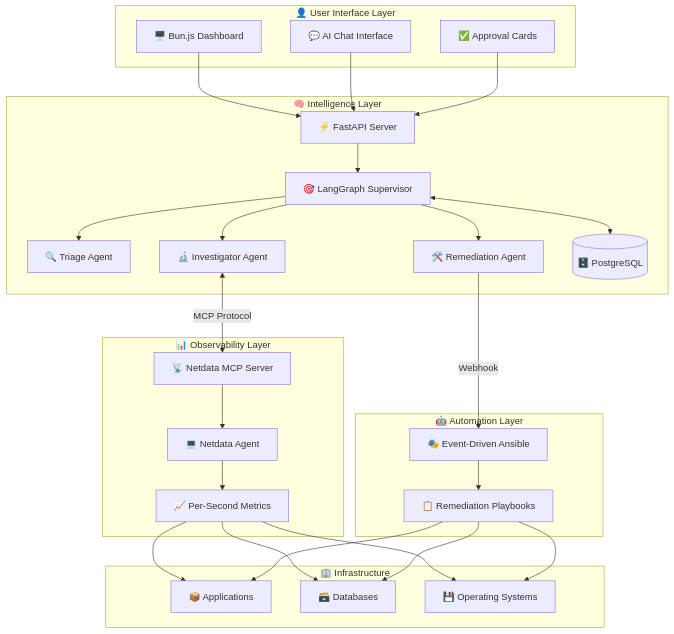
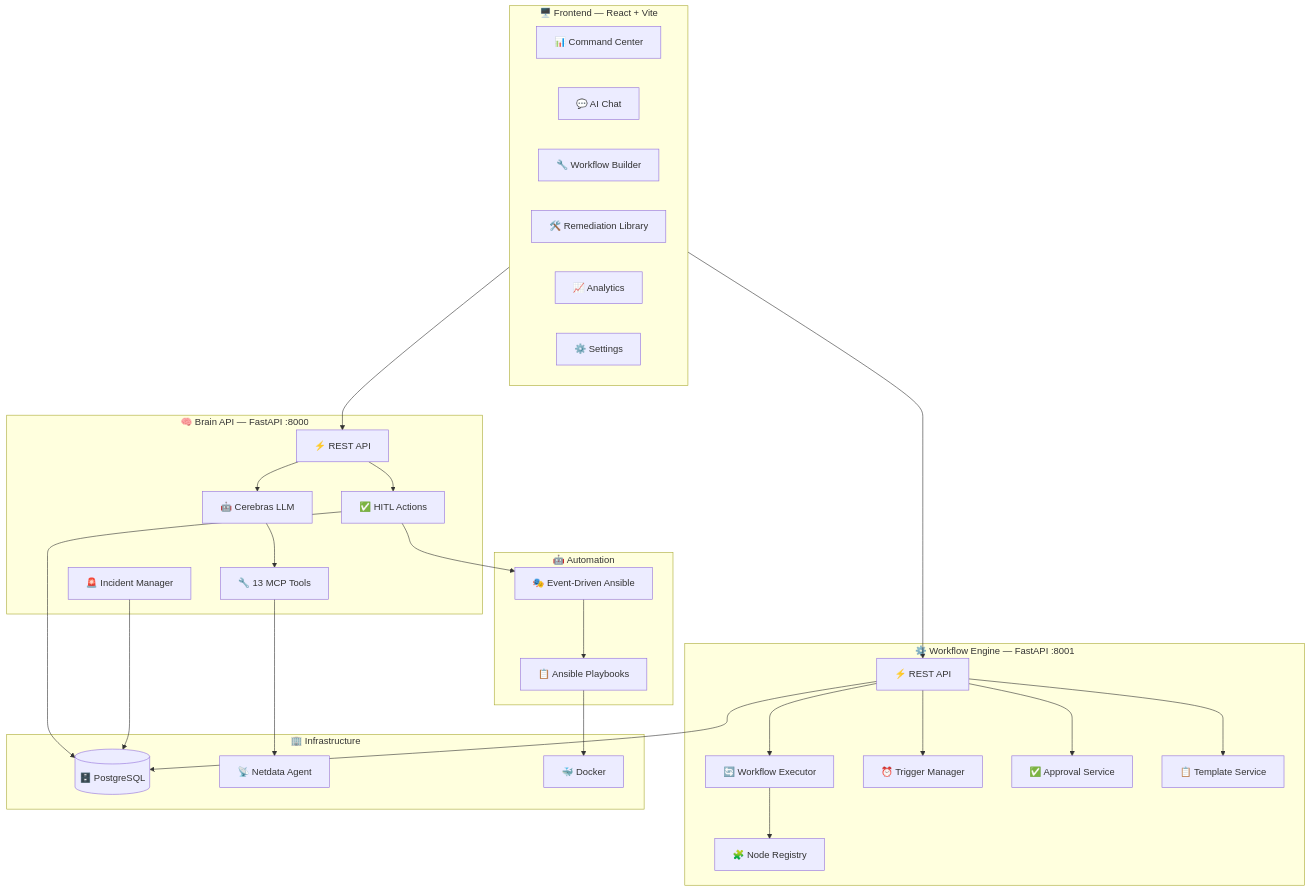
The first of 3 diagrams in README.md (carsch18/AI-OPS-1), drawn with Mermaid before and after one commit. The commit also changed other lines of this file and 48 other files, not shown here.

````diff
--- a/README.md
+++ b/README.md
@@ -100,58 +156,60 @@
 ```mermaid
 graph TB
-    subgraph User_Layer["👤 User Interface Layer"]
-        Dashboard["🖥️ Bun.js Dashboard"]
-        Chat["💬 AI Chat Interface"]
-        Approval["✅ Approval Cards"]
+    subgraph Frontend["🖥️ Frontend — React + Vite"]
+        Dashboard["📊 Command Center"]
+        Chat["💬 AI Chat"]
+        Workflows["🔧 Workflow Builder"]
+        Remediation["🛠️ Remediation Library"]
+        Analytics["📈 Analytics"]
+        Settings["⚙️ Settings"]
     end
     
-    subgraph Brain_Layer["🧠 Intelligence Layer"]
-        API["⚡ FastAPI Server"]
-        Supervisor["🎯 LangGraph Supervisor"]
-        Triage["🔍 Triage Agent"]
-        Investigator["🔬 Investigator Agent"]
-        Remediation["🛠️ Remediation Agent"]
-        StateDB[("🗄️ PostgreSQL")]
+    subgraph Brain["🧠 Brain API — FastAPI :8000"]
+        BrainAPI["⚡ REST API"]
+        Cerebras["🤖 Cerebras LLM"]
+        MCPTools["🔧 13 MCP Tools"]
+        IncidentMgr["🚨 Incident Manager"]
+        ActionMgr["✅ HITL Actions"]
     end
     
-    subgraph Observability_Layer["📊 Observability Layer"]
-        NetdataMCP["📡 Netdata MCP Server"]
-        NetdataAgent["💻 Netdata Agent"]
-        Metrics["📈 Per-Second Metrics"]
+    subgraph Engine["⚙️ Workflow Engine — FastAPI :8001"]
+        EngineAPI["⚡ REST API"]
+        Executor["🔄 Workflow Executor"]
+        Triggers["⏰ Trigger Manager"]
+        Approvals["✅ Approval Service"]
+        Templates["📋 Template Service"]
+        NodeRegistry["🧩 Node Registry"]
     end
     
-    subgraph Automation_Layer["🤖 Automation Layer"]
-        EDA["🎭 Event-Driven Ansible"]
-        Playbooks["📋 Remediation Playbooks"]
+    subgraph Infra["🏢 Infrastructure"]
+        Postgres[("🗄️ PostgreSQL")]
+        Netdata["📡 Netdata Agent"]
+        Docker["🐳 Docker"]
     end
     
-    subgraph Infrastructure["🏢 Infrastructure"]
-        Apps["📦 Applications"]
-        DBs["🗃️ Databases"]
-        OS["💾 Operating Systems"]
+    subgraph Automation["🤖 Automation"]
+        Ansible["📋 Ansible Playbooks"]
+        EDA["🎭 Event-Driven Ansible"]
     end
     
-    Dashboard --> API
-    Chat --> API
-    Approval --> API
+    Frontend --> BrainAPI
+    Frontend --> EngineAPI
     
-    API --> Supervisor
-    Supervisor --> Triage
-    Supervisor --> Investigator
-    Supervisor --> Remediation
-    Supervisor <--> StateDB
+    BrainAPI --> Cerebras
+    Cerebras --> MCPTools
+    MCPTools --> Netdata
+    BrainAPI --> ActionMgr
+    ActionMgr --> Postgres
+    IncidentMgr --> Postgres
     
-    Investigator <-->|MCP Protocol| NetdataMCP
-    NetdataMCP --> NetdataAgent
-    NetdataAgent --> Metrics
+    EngineAPI --> Executor
+    EngineAPI --> Triggers
+    EngineAPI --> Approvals
+    EngineAPI --> Templates
+    Executor --> NodeRegistry
+    EngineAPI --> Postgres
     
-    Metrics --> Apps
-    Metrics --> DBs
-    Metrics --> OS
-    
-    Remediation -->|Webhook| EDA
-    EDA --> Playbooks
-    Playbooks --> Apps
-    Playbooks --> DBs
-    Playbooks --> OS
+    ActionMgr --> EDA
+    EDA --> Ansible
+    Ansible --> Docker
 ```
````
